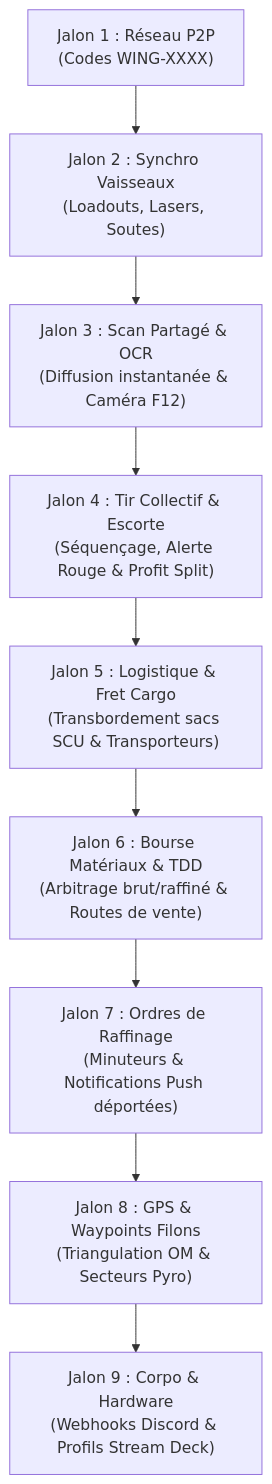
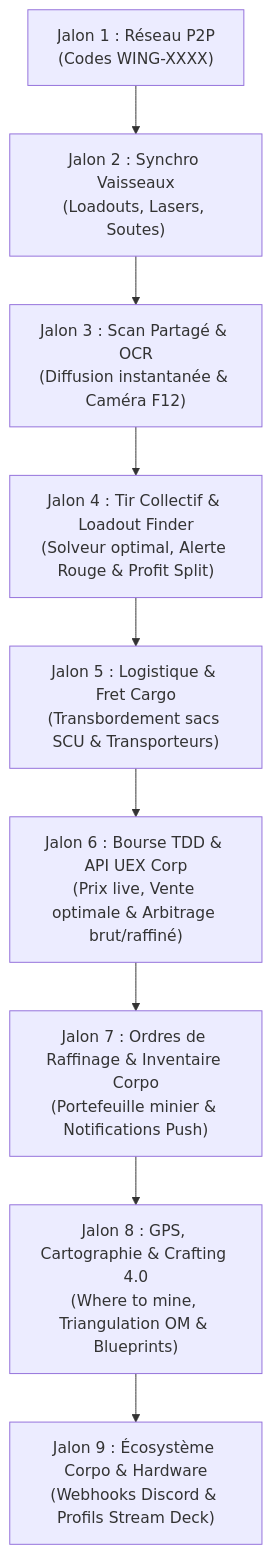
The diagram in ROADMAP.md (SimonLefou/aaron-mfd), drawn with Mermaid before and after one commit. The commit also changed other lines of this file and 4 other files, not shown here.

Commit message:
feat(cockpit): refonte ergonomique 3 colonnes, sous-onglets scan, solveur loadout et fix minerai secondaire

````diff
--- a/ROADMAP.md
+++ b/ROADMAP.md
@@ -36,11 +37,11 @@
 ```mermaid
 graph TD
     M1["Jalon 1 : Réseau P2P<br/>(Codes WING-XXXX)"] --> M2["Jalon 2 : Synchro Vaisseaux<br/>(Loadouts, Lasers, Soutes)"]
     M2 --> M3["Jalon 3 : Scan Partagé & OCR<br/>(Diffusion instantanée & Caméra F12)"]
-    M3 --> M4["Jalon 4 : Tir Collectif & Escorte<br/>(Séquençage, Alerte Rouge & Profit Split)"]
+    M3 --> M4["Jalon 4 : Tir Collectif & Loadout Finder<br/>(Solveur optimal, Alerte Rouge & Profit Split)"]
     M4 --> M5["Jalon 5 : Logistique & Fret Cargo<br/>(Transbordement sacs SCU & Transporteurs)"]
-    M5 --> M6["Jalon 6 : Bourse Matériaux & TDD<br/>(Arbitrage brut/raffiné & Routes de vente)"]
-    M6 --> M7["Jalon 7 : Ordres de Raffinage<br/>(Minuteurs & Notifications Push déportées)"]
-    M7 --> M8["Jalon 8 : GPS & Waypoints Filons<br/>(Triangulation OM & Secteurs Pyro)"]
-    M8 --> M9["Jalon 9 : Corpo & Hardware<br/>(Webhooks Discord & Profils Stream Deck)"]
+    M5 --> M6["Jalon 6 : Bourse TDD & API UEX Corp<br/>(Prix live, Vente optimale & Arbitrage brut/raffiné)"]
+    M6 --> M7["Jalon 7 : Ordres de Raffinage & Inventaire Corpo<br/>(Portefeuille minier & Notifications Push)"]
+    M7 --> M8["Jalon 8 : GPS, Cartographie & Crafting 4.0<br/>(Where to mine, Triangulation OM & Blueprints)"]
+    M8 --> M9["Jalon 9 : Écosystème Corpo & Hardware<br/>(Webhooks Discord & Profils Stream Deck)"]
 ```
````
